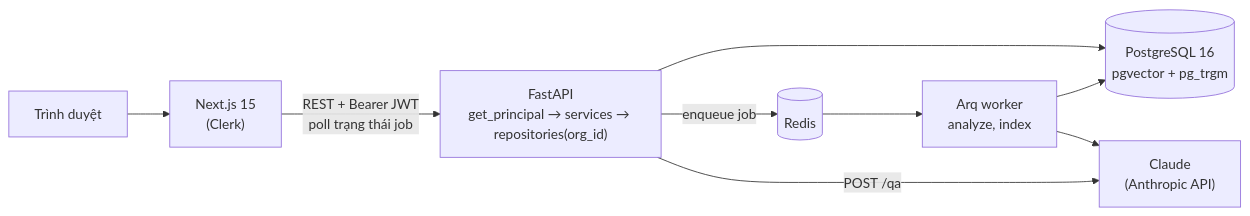
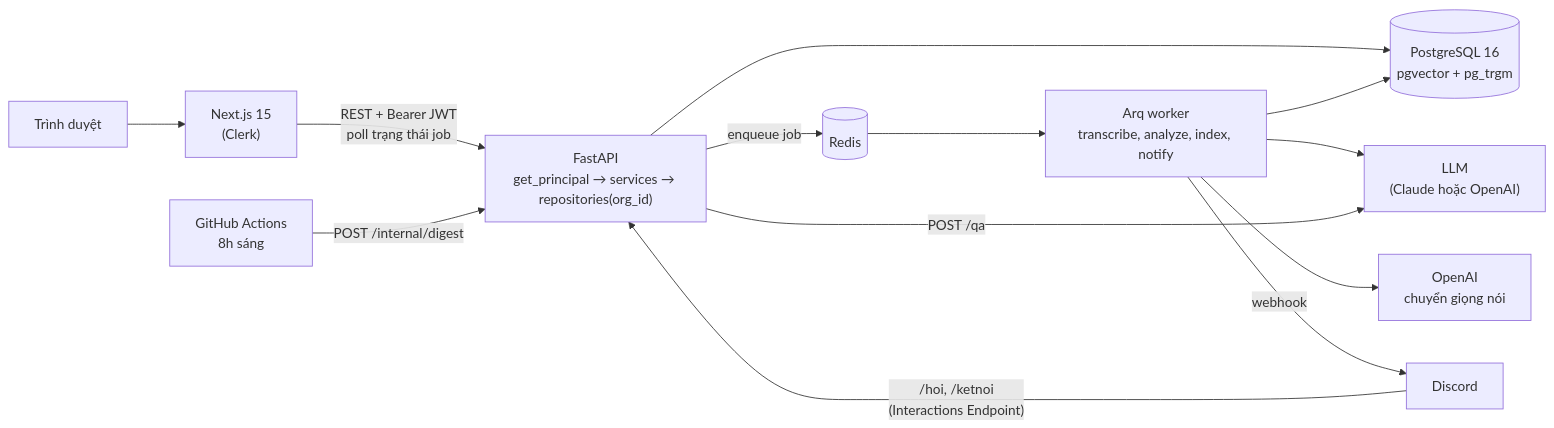
Before and after one commit to nuroqzavitex/meetmind-ai: the diagram in README.md, drawn with Mermaid. The commit also changed other lines of this file and 3 other files, not shown here.

````diff
--- a/README.md
+++ b/README.md
@@ -31,11 +36,15 @@
 ```mermaid
 flowchart LR
     B[Trình duyệt] --> FE["Next.js 15<br/>(Clerk)"]
     FE -- "REST + Bearer JWT<br/>poll trạng thái job" --> API["FastAPI<br/>get_principal → services → repositories(org_id)"]
     API --> PG[("PostgreSQL 16<br/>pgvector + pg_trgm")]
     API -- "enqueue job" --> R[(Redis)]
-    R --> W["Arq worker<br/>analyze, index"]
+    R --> W["Arq worker<br/>transcribe, analyze, index, notify"]
     W --> PG
-    W --> C["Claude<br/>(Anthropic API)"]
+    W --> C["LLM<br/>(Claude hoặc OpenAI)"]
+    W --> STT["OpenAI<br/>chuyển giọng nói"]
     API -- "POST /qa" --> C
+    W -- "webhook" --> DC["Discord"]
+    DC -- "/hoi, /ketnoi<br/>(Interactions Endpoint)" --> API
+    GH["GitHub Actions<br/>8h sáng"] -- "POST /internal/digest" --> API
 ```
````
